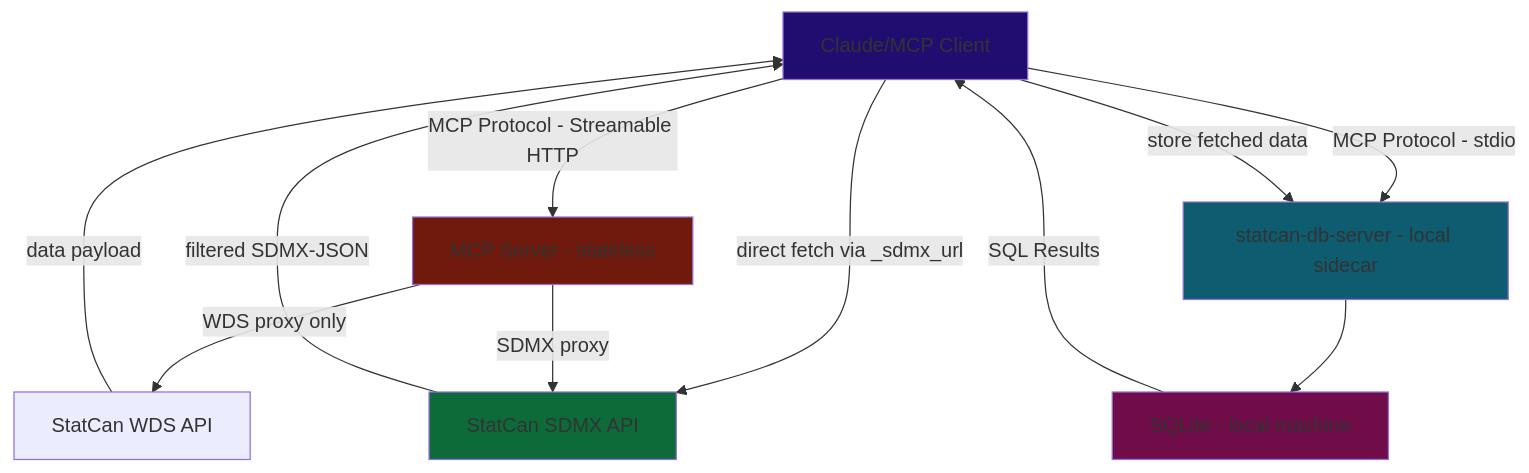
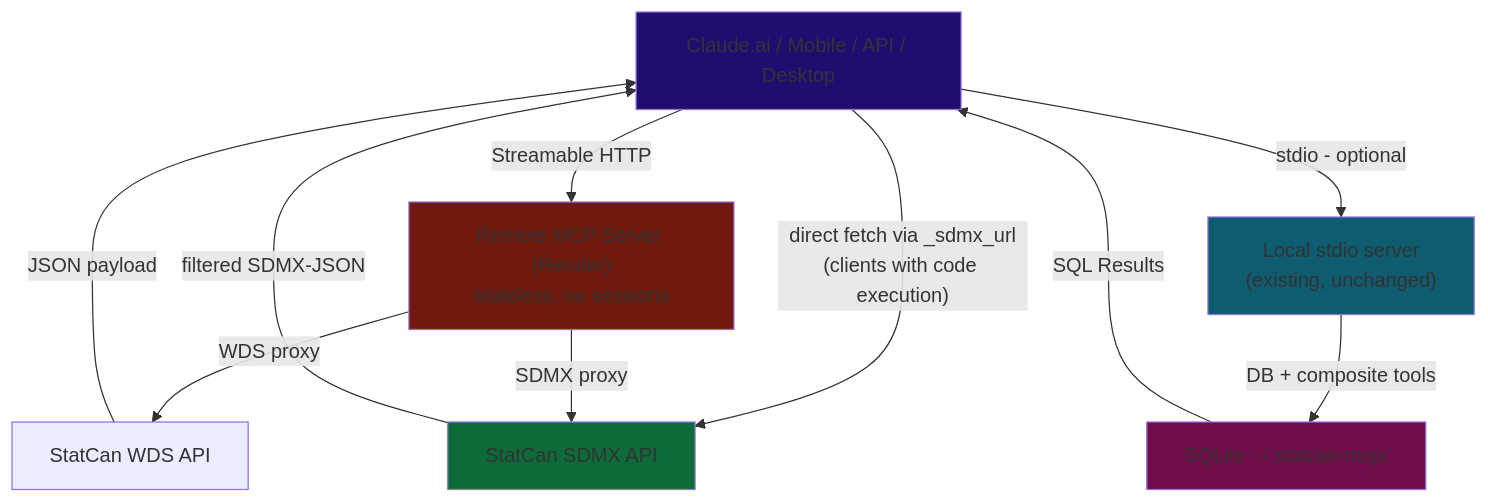
The second of 2 diagrams in IMPLEMENTATIONS.md (Aryan-Jhaveri/mcp-statcan), drawn with Mermaid before and after one commit. The commit also changed other lines of this file and 2 other files, not shown here.

Commit message:
Merged get_series_info and get_series_info_bulk into single tool, updated doc string references to steer towards sdmx tools"

````diff
--- a/IMPLEMENTATIONS.md
+++ b/IMPLEMENTATIONS.md
@@ -164,21 +247,20 @@
 ```mermaid
 flowchart TD
-    A[Claude/MCP Client] -->|MCP Protocol - Streamable HTTP| B[MCP Server - stateless]
-    A -->|MCP Protocol - stdio| DB[statcan-db-server - local sidecar]
-    A -->|direct fetch via _sdmx_url| S[StatCan SDMX API]
+    A[Claude.ai / Mobile / API / Desktop] -->|Streamable HTTP| B["Remote MCP Server (Render)\nstateless, no sessions"]
+    A -->|stdio - optional| DB["Local stdio server\n(existing, unchanged)"]
+    A -->|"direct fetch via _sdmx_url\n(clients with code execution)"| S[StatCan SDMX API]
 
-    B -->|WDS proxy only| D[StatCan WDS API]
+    B -->|WDS proxy| D[StatCan WDS API]
     B -->|SDMX proxy| S
-    D -->|data payload| A
+    D -->|JSON payload| A
     S -->|filtered SDMX-JSON| A
 
-    A -->|store fetched data| DB
-    DB --> E[SQLite - local machine]
+    DB -->|DB + composite tools| E[SQLite ~/.statcan-mcp/]
     E -->|SQL Results| A
 
     style A fill:#210d70
     style B fill:#70190d
     style DB fill:#0d5c70
     style E fill:#700d49
     style S fill:#0d6b3a
 ```
````
